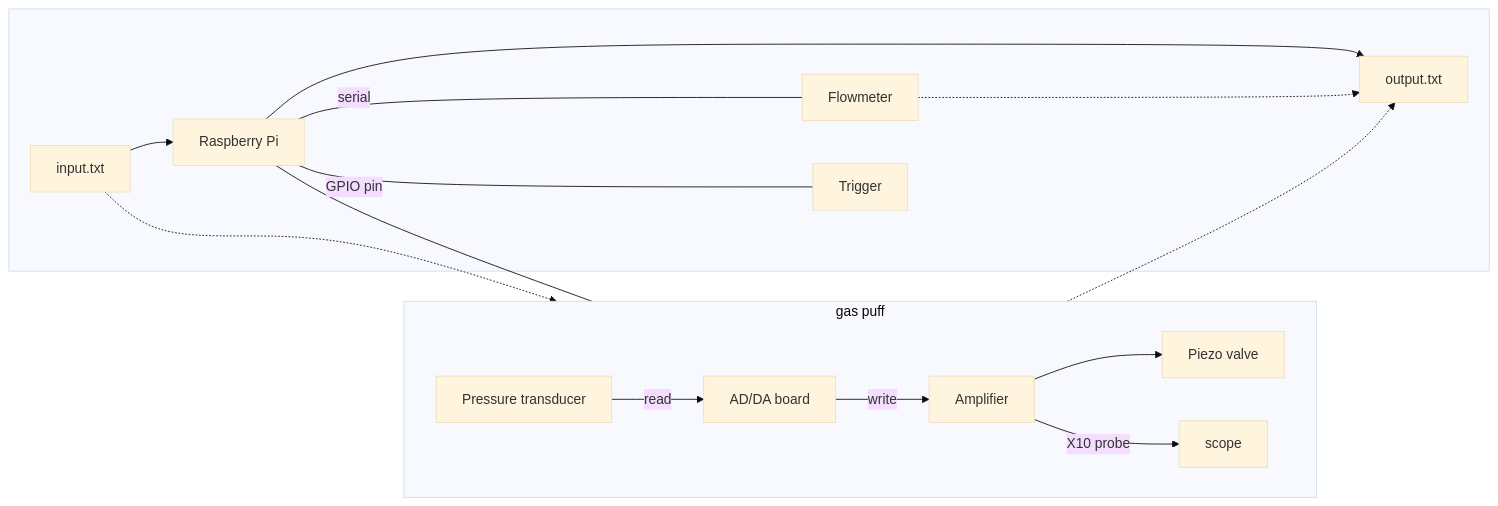
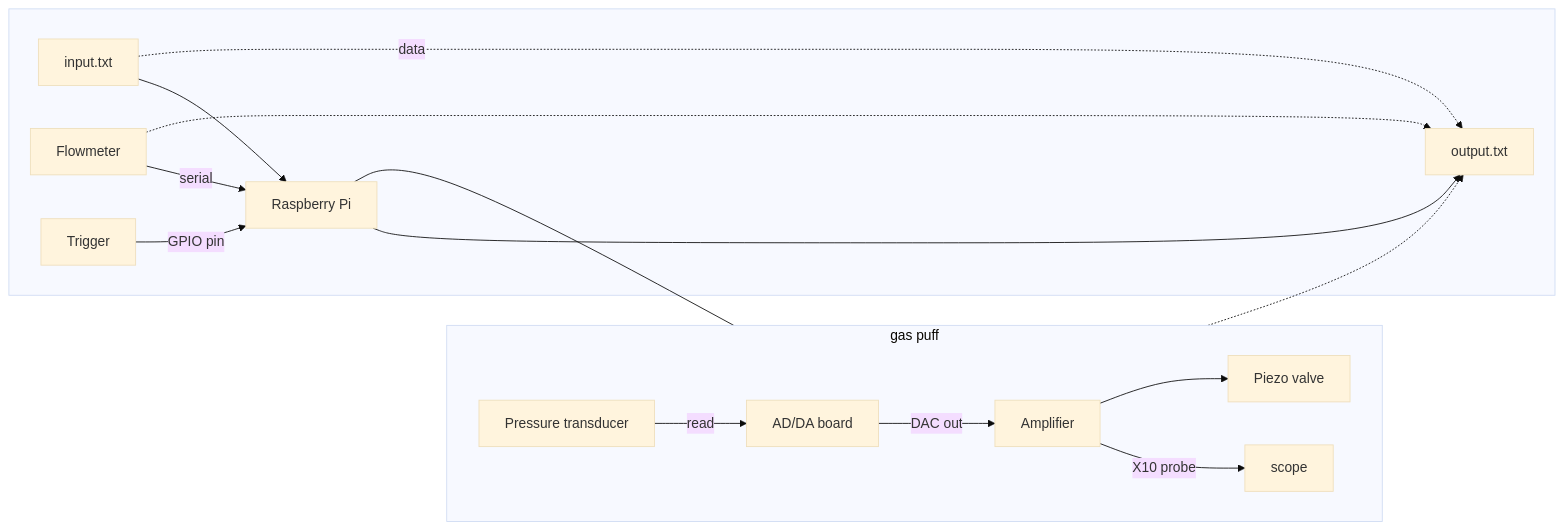
One commit to BaPSF/bapsf_gaspuff changed the second of 2 diagrams in README.md. Above: the diagram before and after it, drawn with Mermaid (base theme).

Commit message:
PP Update README.md

````diff
--- a/README.md
+++ b/README.md
@@ -10,22 +10,22 @@
 ```mermaid
 flowchart LR
     subgraph gas[gas puff]
     direction LR
-    ADC[AD/DA board] -->|write| amp[Amplifier]
+    ADC[AD/DA board] -->|DAC out| amp[Amplifier]
     amp --> piezo[Piezo valve]
     amp --> |X10 probe|scope
     psi[Pressure transducer] -->|read| ADC
     end
 
     subgraph central[" "]
     in["input.txt"]-->Pi[Raspberry Pi]
     Pi-->out["output.txt"]
-    Pi ---|serial| flow[Flowmeter]
-    Pi ---|GPIO pin| Trigger
+    flow[Flowmeter] -->|serial| Pi
+    Trigger -->|GPIO pin| Pi
     flow .-> out
     end
 
-    in .-> ADC
+    in .->|data| out["output.txt"]
     ADC .-> out
     Pi --- ADC
 ```
````
